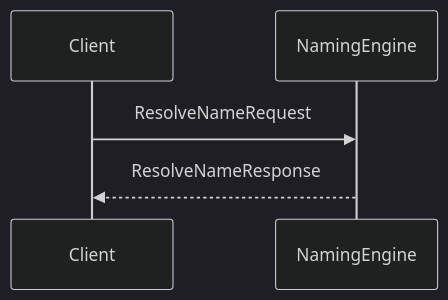
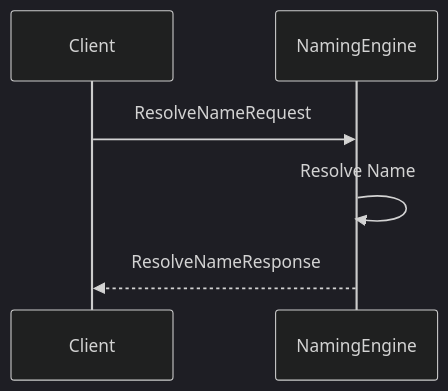
The diagram in docs/node_architecture/engines/naming_overview.juvix.md (anoma/nspec), drawn with Mermaid (dark theme) before and after one commit. The commit also changed other lines of this file and 31 other files, not shown here.

````diff
--- a/docs/node_architecture/engines/naming_overview.juvix.md
+++ b/docs/node_architecture/engines/naming_overview.juvix.md
@@ -140,8 +152,9 @@
 ```mermaid
 sequenceDiagram
     participant Client
     participant NamingEngine
 
     Client ->> NamingEngine: ResolveNameRequest
+    NamingEngine ->> NamingEngine: Resolve Name
     NamingEngine -->> Client: ResolveNameResponse
 ```
````
